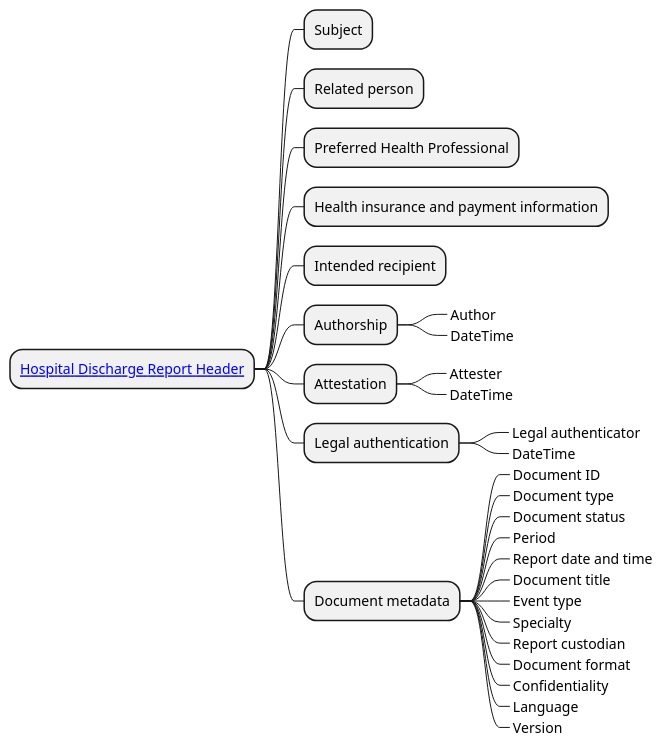
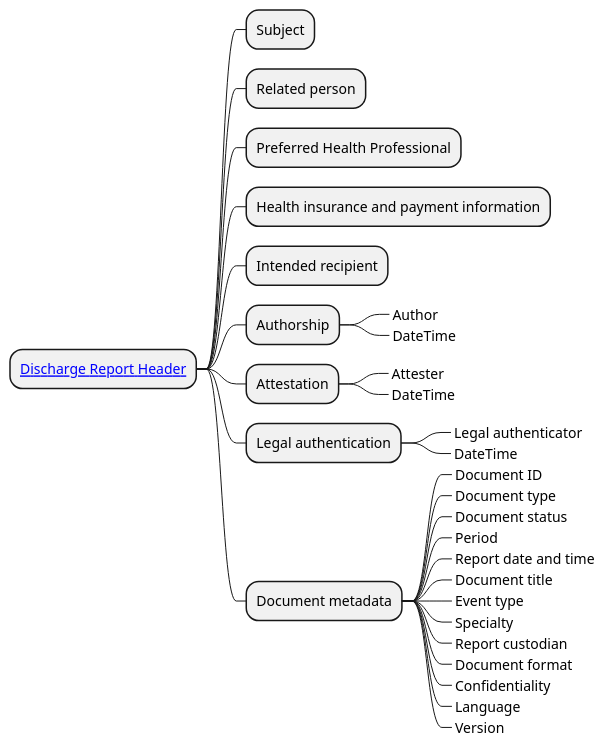
Before and after one commit to Xt-EHR/xt-ehr-common: the diagram in input/images-source/hdrReportHdr_CIM.plantuml, drawn with PlantUML. The commit also changed 13 other files, not shown here.

```diff
--- a/input/images-source/hdrReportHdr_CIM.plantuml
+++ b/input/images-source/hdrReportHdr_CIM.plantuml
@@ -1,36 +1,36 @@
 @startmindmap
 skinparam topurl StructureDefinition-
-* [[EHDSHospitalDischargeReportHeader.html Hospital Discharge Report Header]]
+* [[EHDSDischargeReportHeader.html Discharge Report Header]]
 ** Subject
 ** Related person
 ** Preferred Health Professional
 ** Health insurance and payment information
 ** Intended recipient
 ** Authorship
 ***_ Author
 ***_ DateTime
 ** Attestation
 ***_ Attester
 ***_ DateTime
 ** Legal authentication
 ***_ Legal authenticator
 ***_ DateTime
 ** Document metadata
 ***_ Document ID
 ***_ Document type
 ***_ Document status
 ***_ Period
 ***_ Report date and time
 ***_ Document title
 ***_ Event type
 ***_ Specialty
 ***_ Report custodian
 ***_ Document format
 ***_ Confidentiality
 ***_ Language
 ***_ Version
 /' ** Knowledge resources
 ***_ External reference
 ***_ Related with
  '/
  @endmindmap
```
